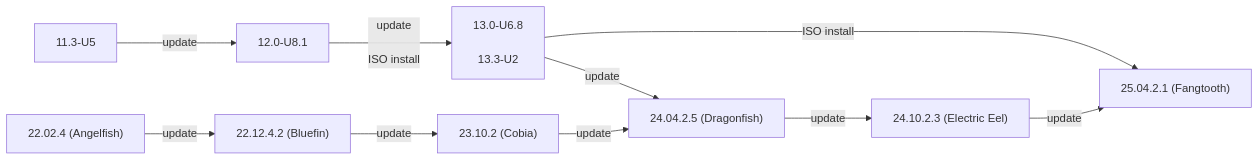
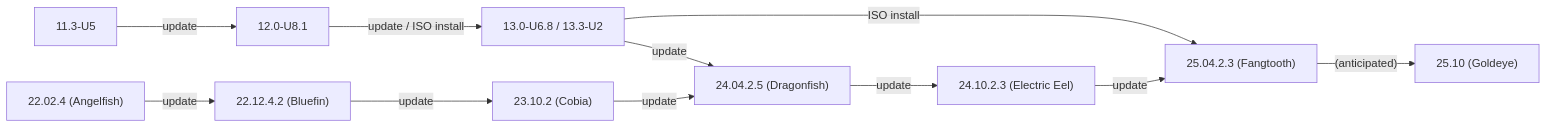
Before and after one commit to truenas/documentation: the first of 2 diagrams in static/includes/SCALEUpgradePaths.md, drawn with Mermaid. The commit also changed other lines of this file, not shown here.

```diff
--- a/static/includes/SCALEUpgradePaths.md
+++ b/static/includes/SCALEUpgradePaths.md
@@ -67,13 +59,14 @@
           {{< mermaid class="mermaid_sizing" >}}
           flowchart LR
             A["11.3-U5"] -->|update| B["12.0-U8.1"]
-            B -->|"update<br><br>ISO install"| C["13.0-U6.8<br><br>13.3-U2"]
+            B -->|"update / ISO install"| C["13.0-U6.8 / 13.3-U2"]
             C -->|update| G
             C -->|ISO install| I
             D["22.02.4 (Angelfish)"] -->|update| E
             E["22.12.4.2 (Bluefin)"] -->|update| F
             F["23.10.2 (Cobia)"] -->|update| G
             G["24.04.2.5 (Dragonfish)"] -->|update| H
             H["24.10.2.3 (Electric Eel)"] -->|update| I
-            I["25.04.2.1 (Fangtooth)"]
+            I["25.04.2.3 (Fangtooth)"] -->|"(anticipated)"| J
+            J["25.10 (Goldeye)"]
           {{< /mermaid >}}
```
